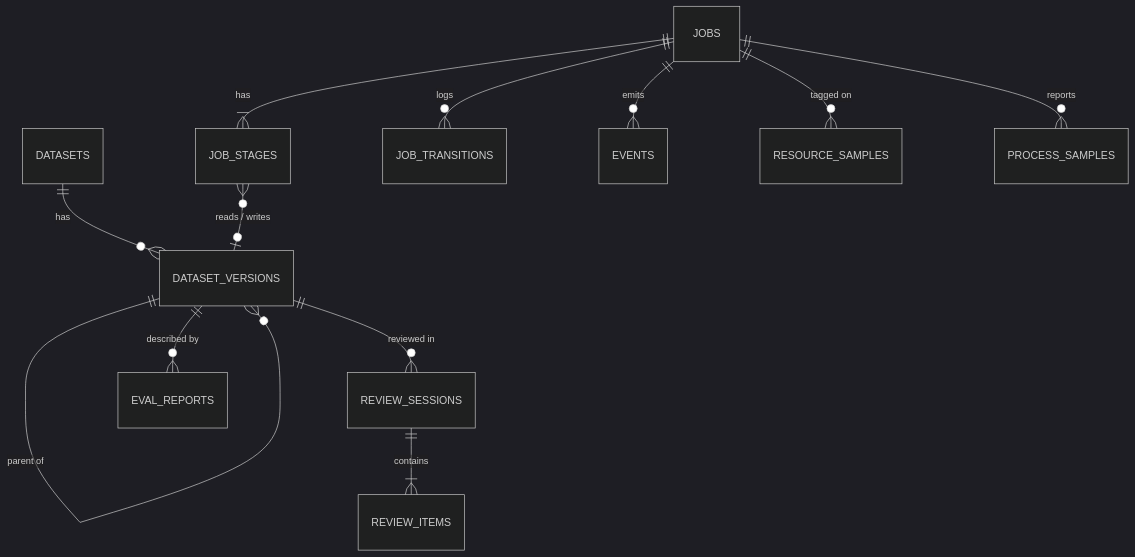
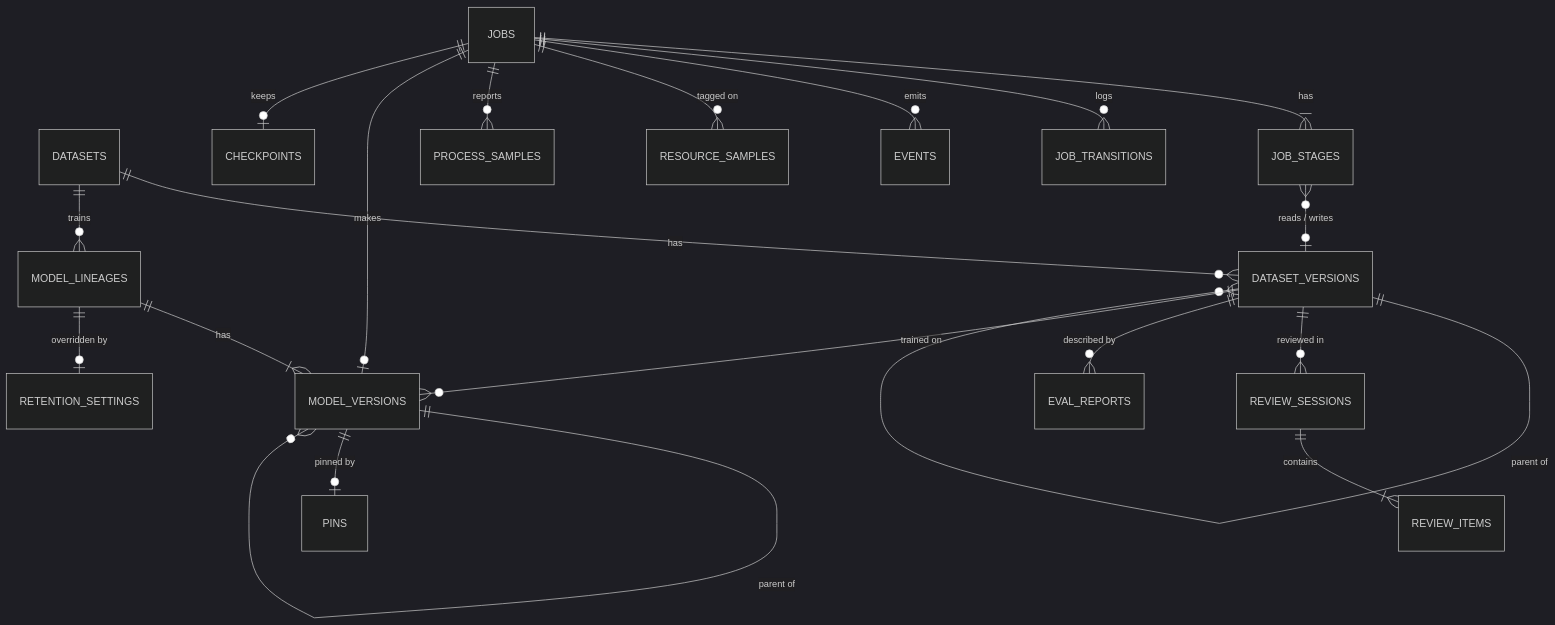
One commit to swaroop-rayker/Stratal changed the diagram in docs/DATA_MODEL.md. Above: the diagram before and after it, drawn with Mermaid (dark theme). The commit also changed other lines of this file and 26 other files, not shown here.

````diff
--- a/docs/DATA_MODEL.md
+++ b/docs/DATA_MODEL.md
@@ -21,14 +22,22 @@
 ```mermaid
 erDiagram
   DATASETS ||--o{ DATASET_VERSIONS : has
   DATASET_VERSIONS ||--o{ DATASET_VERSIONS : "parent of"
   JOBS ||--|{ JOB_STAGES : has
   JOBS ||--o{ JOB_TRANSITIONS : logs
   JOBS ||--o{ EVENTS : emits
   JOBS ||--o{ RESOURCE_SAMPLES : "tagged on"
   JOBS ||--o{ PROCESS_SAMPLES : reports
   JOB_STAGES }o--o| DATASET_VERSIONS : "reads / writes"
   DATASET_VERSIONS ||--o{ REVIEW_SESSIONS : "reviewed in"
   REVIEW_SESSIONS ||--|{ REVIEW_ITEMS : contains
   DATASET_VERSIONS ||--o{ EVAL_REPORTS : "described by"
+  DATASETS ||--o{ MODEL_LINEAGES : "trains"
+  MODEL_LINEAGES ||--|{ MODEL_VERSIONS : has
+  MODEL_VERSIONS ||--o{ MODEL_VERSIONS : "parent of"
+  DATASET_VERSIONS ||--o{ MODEL_VERSIONS : "trained on"
+  JOBS ||--o| MODEL_VERSIONS : makes
+  JOBS ||--o| CHECKPOINTS : keeps
+  MODEL_VERSIONS ||--o| PINS : "pinned by"
+  MODEL_LINEAGES ||--o| RETENTION_SETTINGS : "overridden by"
 ```
````
